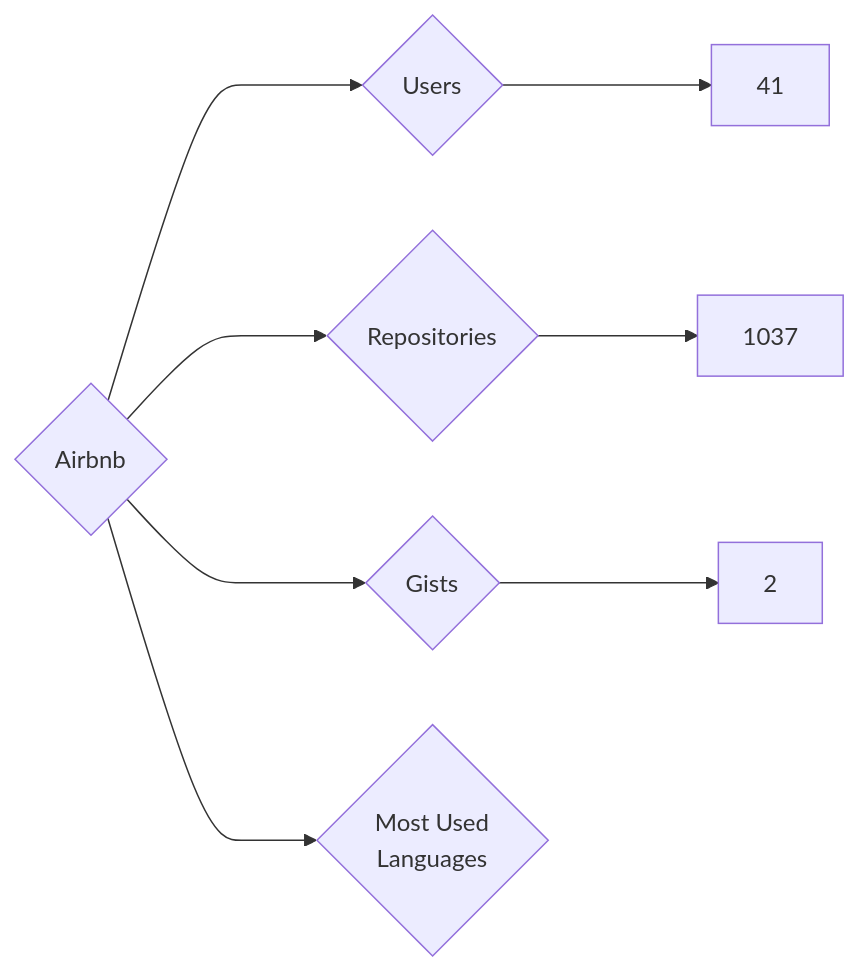
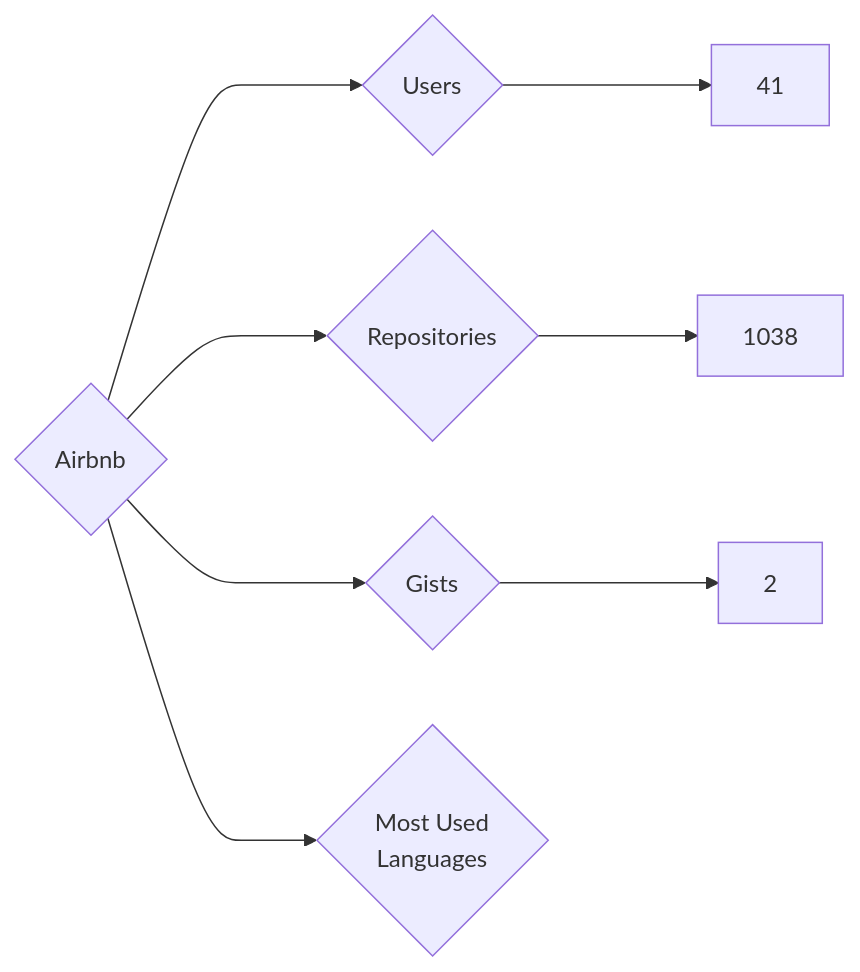
Before and after one commit to nenadzaric/insiders: the diagram in targets/Airbnb/README.md, drawn with Mermaid. The commit also changed 2877 other files, not shown here.

````diff
--- a/targets/Airbnb/README.md
+++ b/targets/Airbnb/README.md
@@ -3,8 +3,8 @@
 ```mermaid
 graph LR
 COMPANY_NAME{Airbnb}
 COMPANY_NAME ---> U{Users} ---> UN[41]
-COMPANY_NAME ---> R{Repositories} ---> RN[1037]
+COMPANY_NAME ---> R{Repositories} ---> RN[1038]
 COMPANY_NAME ---> G{Gists} ---> GN[2]
 COMPANY_NAME ---> ML{Most Used<br>Languages}
 ```
````
